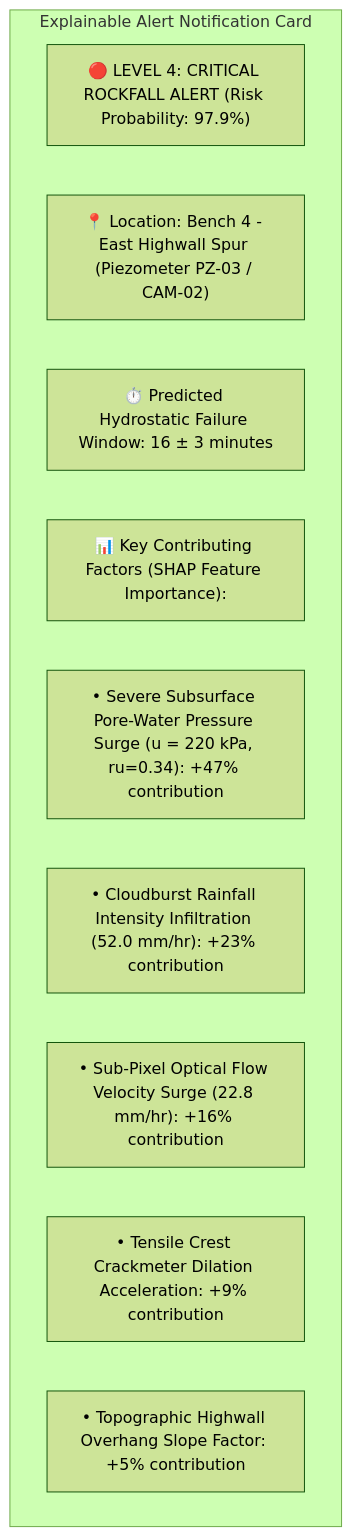
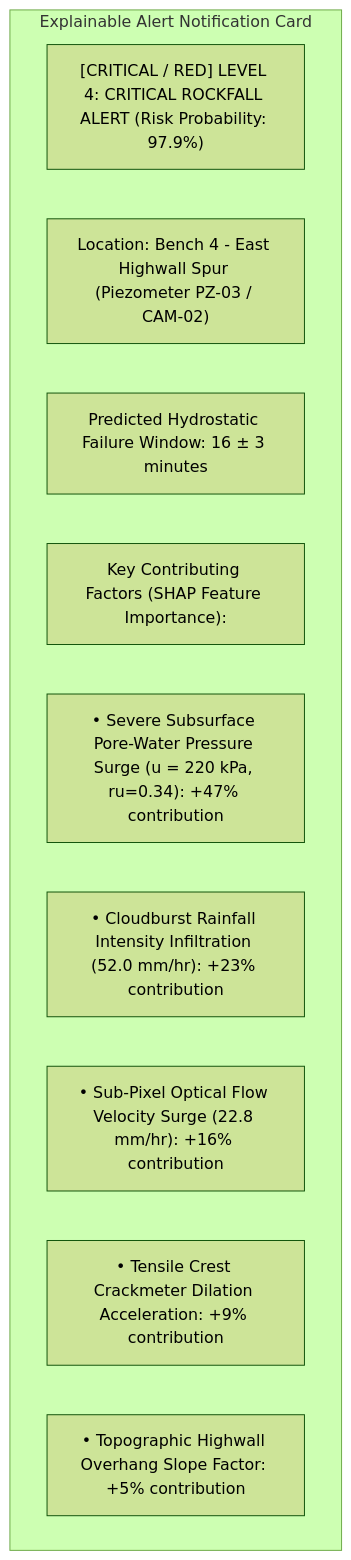
The fifth of 7 diagrams in docs/18_Groundwater_Monitoring.md (angelverman2021-a11y/Report), drawn with Mermaid (forest theme) before and after one commit. The commit also changed other lines of this file and 32 other files, not shown here.

````diff
--- a/docs/18_Groundwater_Monitoring.md
+++ b/docs/18_Groundwater_Monitoring.md
@@ -294,14 +294,14 @@
 ```mermaid
 graph TD
-    subgraph Explainable Alert Notification Card
-        A["🔴 LEVEL 4: CRITICAL ROCKFALL ALERT (Risk Probability: 97.9%)"]
-        B["📍 Location: Bench 4 - East Highwall Spur (Piezometer PZ-03 / CAM-02)"]
-        C["⏱️ Predicted Hydrostatic Failure Window: 16 ± 3 minutes"]
-        D["📊 Key Contributing Factors (SHAP Feature Importance):"]
-        D1["• Severe Subsurface Pore-Water Pressure Surge (u = 220 kPa, ru=0.34): +47% contribution"]
-        D2["• Cloudburst Rainfall Intensity Infiltration (52.0 mm/hr): +23% contribution"]
-        D3["• Sub-Pixel Optical Flow Velocity Surge (22.8 mm/hr): +16% contribution"]
-        D4["• Tensile Crest Crackmeter Dilation Acceleration: +9% contribution"]
-        D5["• Topographic Highwall Overhang Slope Factor: +5% contribution"]
-    end
+ subgraph Explainable Alert Notification Card
+ A["[CRITICAL / RED] LEVEL 4: CRITICAL ROCKFALL ALERT (Risk Probability: 97.9%)"]
+ B[" Location: Bench 4 - East Highwall Spur (Piezometer PZ-03 / CAM-02)"]
+ C[" Predicted Hydrostatic Failure Window: 16 ± 3 minutes"]
+ D[" Key Contributing Factors (SHAP Feature Importance):"]
+ D1["• Severe Subsurface Pore-Water Pressure Surge (u = 220 kPa, ru=0.34): +47% contribution"]
+ D2["• Cloudburst Rainfall Intensity Infiltration (52.0 mm/hr): +23% contribution"]
+ D3["• Sub-Pixel Optical Flow Velocity Surge (22.8 mm/hr): +16% contribution"]
+ D4["• Tensile Crest Crackmeter Dilation Acceleration: +9% contribution"]
+ D5["• Topographic Highwall Overhang Slope Factor: +5% contribution"]
+ end
 ```
````
